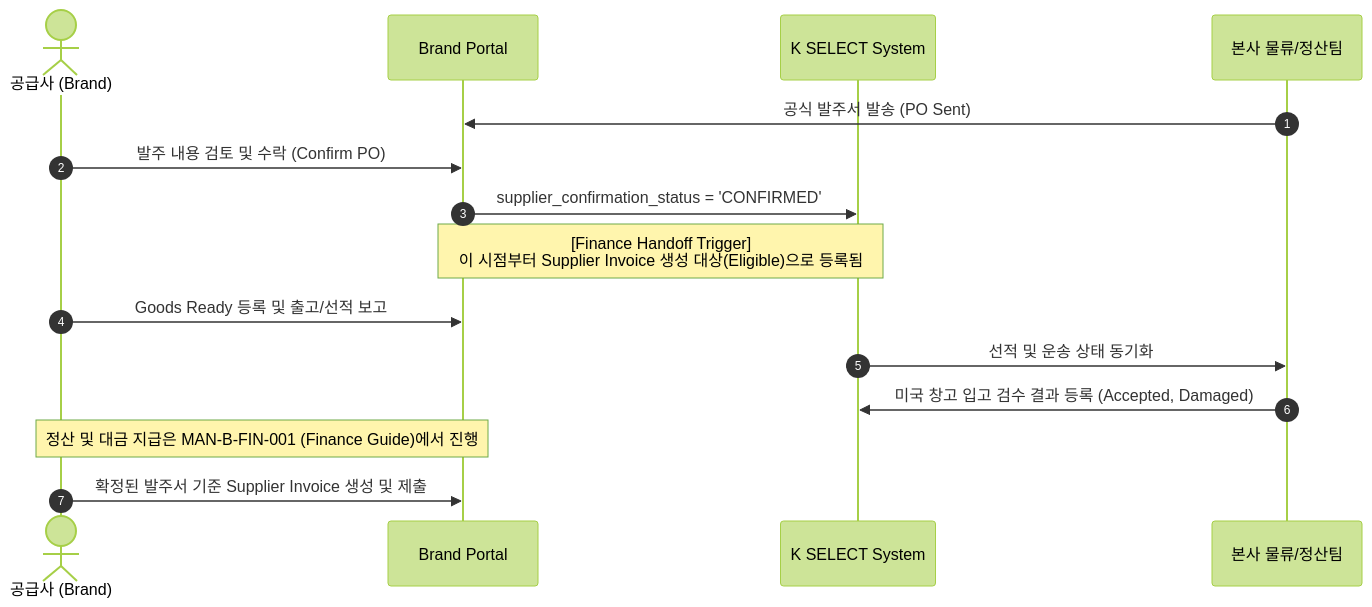
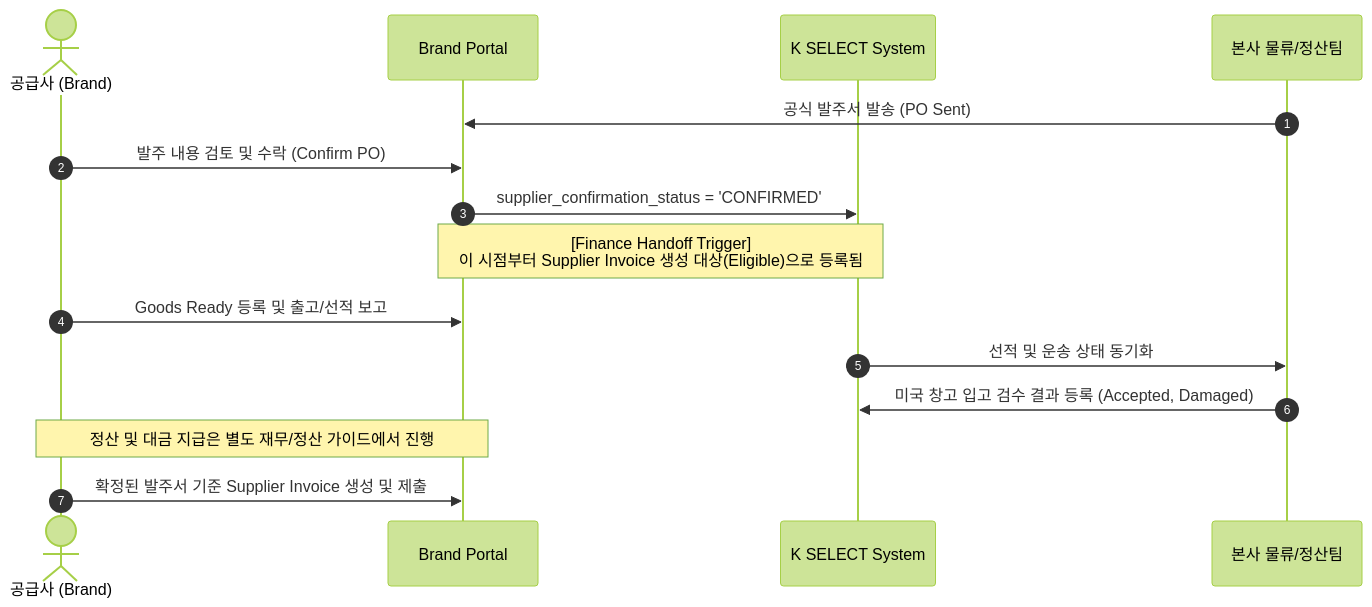
The fifth of 5 diagrams in Manuals/MAN-B-ORD-001_Order-Management/02_CLAUDE_PACKAGE/03_DIAGRAMS/ORDER_ARCHITECTURE_DIAGRAMS.md (chaehahm-Kr/KBGP-Portal), drawn with Mermaid (forest theme) before and after one commit. The commit also changed other lines of this file and 22 other files, not shown here.

````diff
--- a/Manuals/MAN-B-ORD-001_Order-Management/02_CLAUDE_PACKAGE/03_DIAGRAMS/ORDER_ARCHITECTURE_DIAGRAMS.md
+++ b/Manuals/MAN-B-ORD-001_Order-Management/02_CLAUDE_PACKAGE/03_DIAGRAMS/ORDER_ARCHITECTURE_DIAGRAMS.md
@@ -108,20 +108,20 @@
 ```mermaid
 sequenceDiagram
     autonumber
     actor Brand as 공급사 (Brand)
     participant Portal as Brand Portal
     participant System as K SELECT System
     participant Admin as 본사 물류/정산팀
 
     Admin->>Portal: 공식 발주서 발송 (PO Sent)
     Brand->>Portal: 발주 내용 검토 및 수락 (Confirm PO)
     Portal->>System: supplier_confirmation_status = 'CONFIRMED'
     Note over Portal, System: [Finance Handoff Trigger]<br/>이 시점부터 Supplier Invoice 생성 대상(Eligible)으로 등록됨
     
     Brand->>Portal: Goods Ready 등록 및 출고/선적 보고
     System->>Admin: 선적 및 운송 상태 동기화
     Admin->>System: 미국 창고 입고 검수 결과 등록 (Accepted, Damaged)
     
-    Note over Brand, Portal: 정산 및 대금 지급은 MAN-B-FIN-001 (Finance Guide)에서 진행
+    Note over Brand, Portal: 정산 및 대금 지급은 별도 재무/정산 가이드에서 진행
     Brand->>Portal: 확정된 발주서 기준 Supplier Invoice 생성 및 제출
 ```
````
